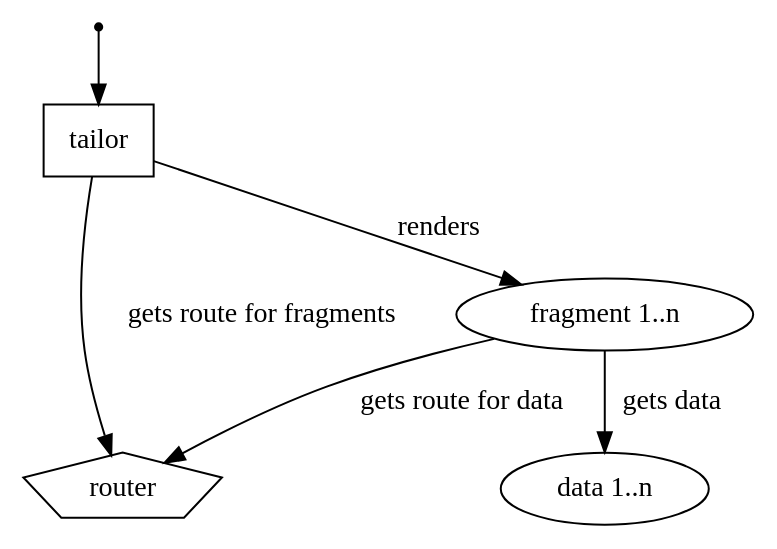
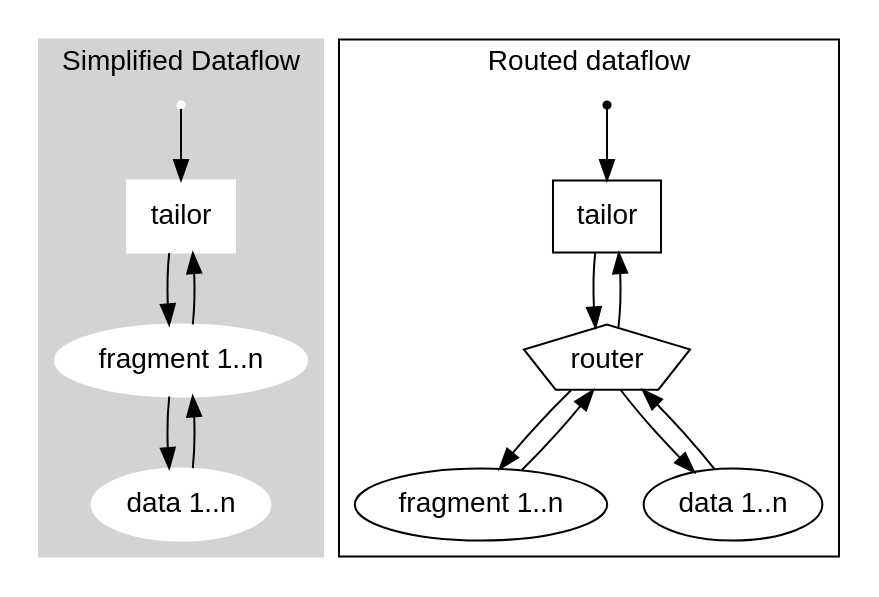
The diagram in schema.dot (beji/tailor-react-renderer), drawn with Graphviz before and after one commit.

Commit message:
Maybe better graph?

```diff
--- a/schema.dot
+++ b/schema.dot
@@ -1,17 +1,44 @@
-digraph {    
-    request [shape="point"];
-    tailor [shape="box"];
-    router [shape="pentagon"];
-    fragment [label="fragment 1..n"]
-    data [label="data 1..n"]
+digraph {       
 
-    request -> tailor;
-    tailor -> router [label="gets route for fragments"];
-    tailor -> fragment [label="renders"];        
+    graph [fontname = "arial"];
+    node [fontname = "arial"];
+    edge [fontname = "arial"];
+
+    subgraph cluster_simple {
+        label="Simplified Dataflow"
+		style=filled
+		color=lightgrey
+		node [style=filled,color=white]
+
+        request_simple [shape="point" label="simple overview"]
+        tailor_simple [shape="box" label="tailor"]
+        fragment_simple [label="fragment 1..n"]
+        data_simple [label="data 1..n"]
+
+        request_simple -> tailor_simple
+        tailor_simple -> fragment_simple
+        fragment_simple -> tailor_simple
+        fragment_simple -> data_simple
+        data_simple -> fragment_simple
+    }
+    subgraph cluster_with_router {
+        label="Routed dataflow"
+        request_routed [shape="point"];
+        tailor_routed [shape="box" label="tailor"];
+        router [shape="pentagon", label="router"];
+        fragment_routed [label="fragment 1..n"]
+        data_routed [label="data 1..n"]
+
+        request_routed -> tailor_routed;
+        tailor_routed -> router
+
+        router -> tailor_routed
+        router -> fragment_routed
+        router -> data_routed
     
-    subgraph component_1 {
-        fragment -> data [label="gets data"];        
-        fragment -> router [label="gets route for data"];
+        fragment_routed -> router
+
+        data_routed -> router
     }
 
 }
```
